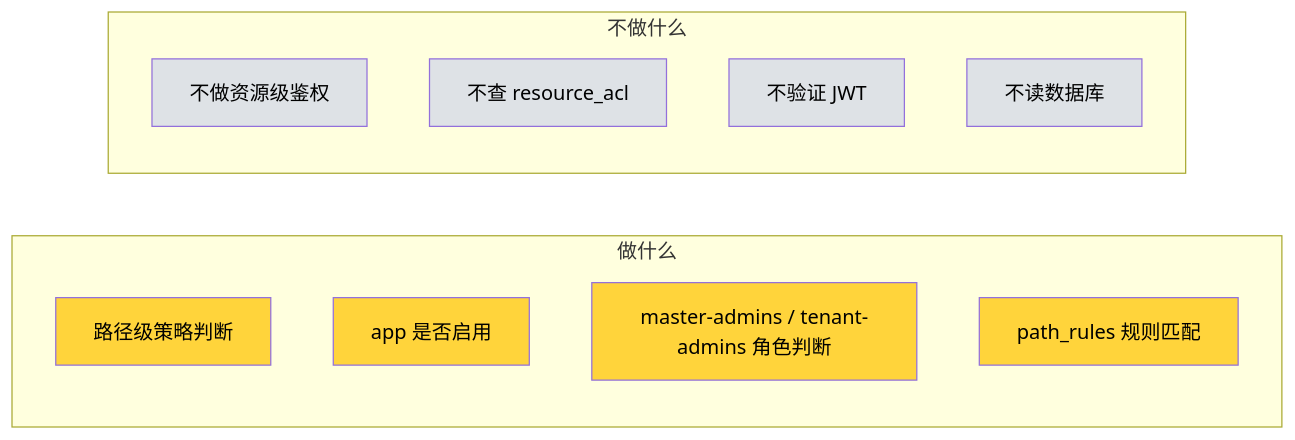
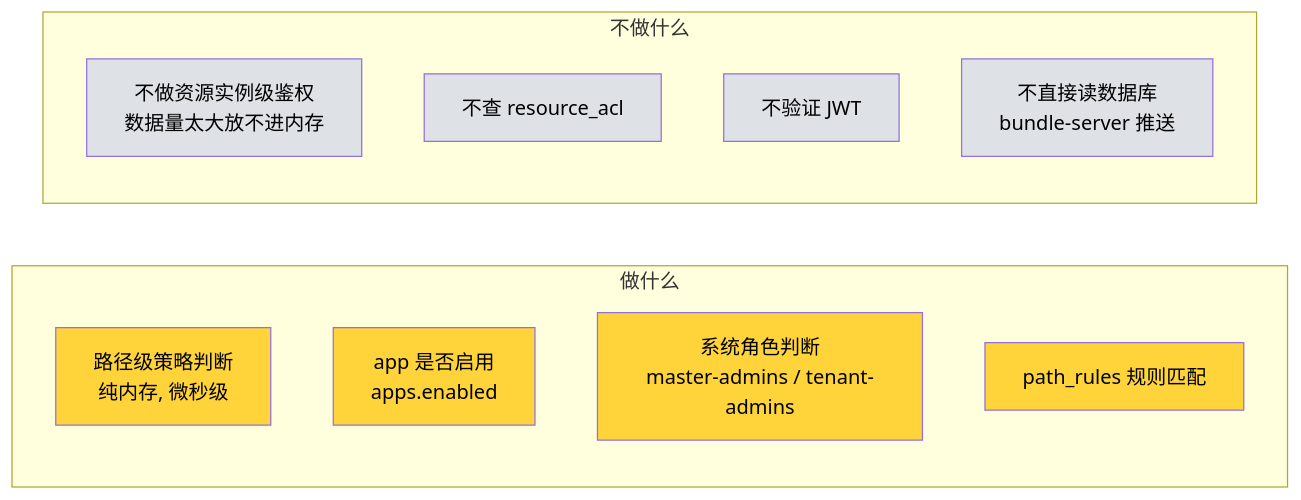
The fifth of 10 diagrams in diagrams/component-responsibility.md (xiewanchao/aidp-iam), drawn with Mermaid before and after one commit. The commit also changed other lines of this file and 5 other files, not shown here.

````diff
--- a/diagrams/component-responsibility.md
+++ b/diagrams/component-responsibility.md
@@ -208,25 +224,25 @@
 ```mermaid
 flowchart LR
     subgraph 做什么
-        A1[路径级策略判断]
-        A2[app 是否启用]
-        A3[master-admins / tenant-admins 角色判断]
+        A1[路径级策略判断<br/>纯内存, 微秒级]
+        A2[app 是否启用<br/>apps.enabled]
+        A3[系统角色判断<br/>master-admins / tenant-admins]
         A4[path_rules 规则匹配]
     end
 
     subgraph 不做什么
-        B1[不做资源级鉴权]
+        B1[不做资源实例级鉴权<br/>数据量太大放不进内存]
         B2[不查 resource_acl]
         B3[不验证 JWT]
-        B4[不读数据库]
+        B4[不直接读数据库<br/>bundle-server 推送]
     end
 
     style A1 fill:#ffd43b,color:#000
     style A2 fill:#ffd43b,color:#000
     style A3 fill:#ffd43b,color:#000
     style A4 fill:#ffd43b,color:#000
     style B1 fill:#dee2e6,color:#000
     style B2 fill:#dee2e6,color:#000
     style B3 fill:#dee2e6,color:#000
     style B4 fill:#dee2e6,color:#000
 ```
````
